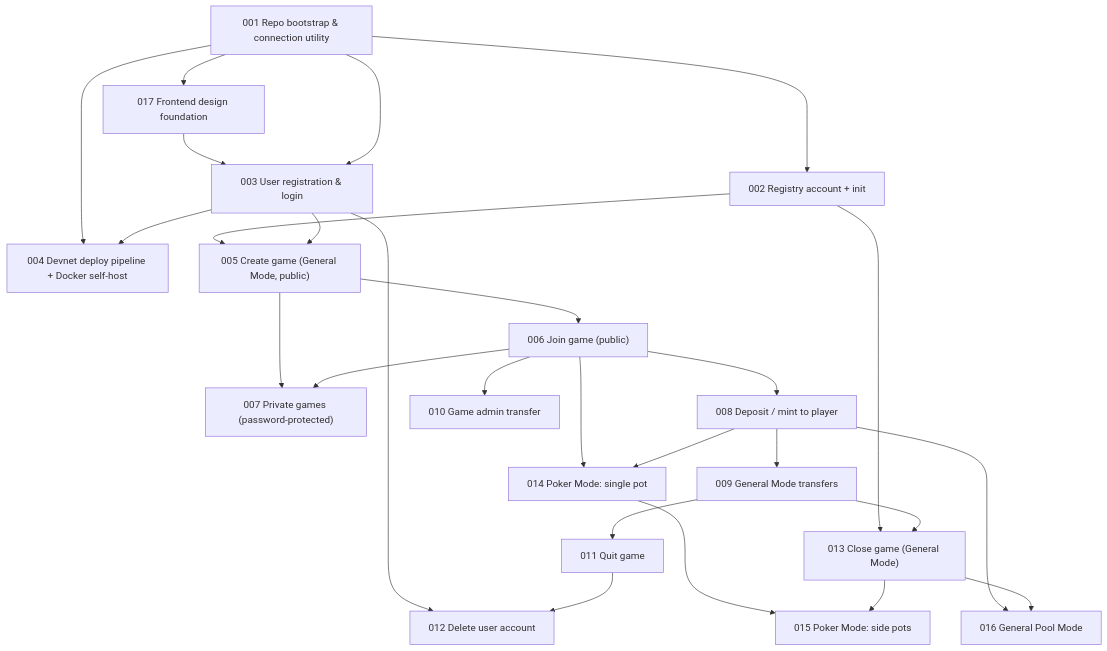
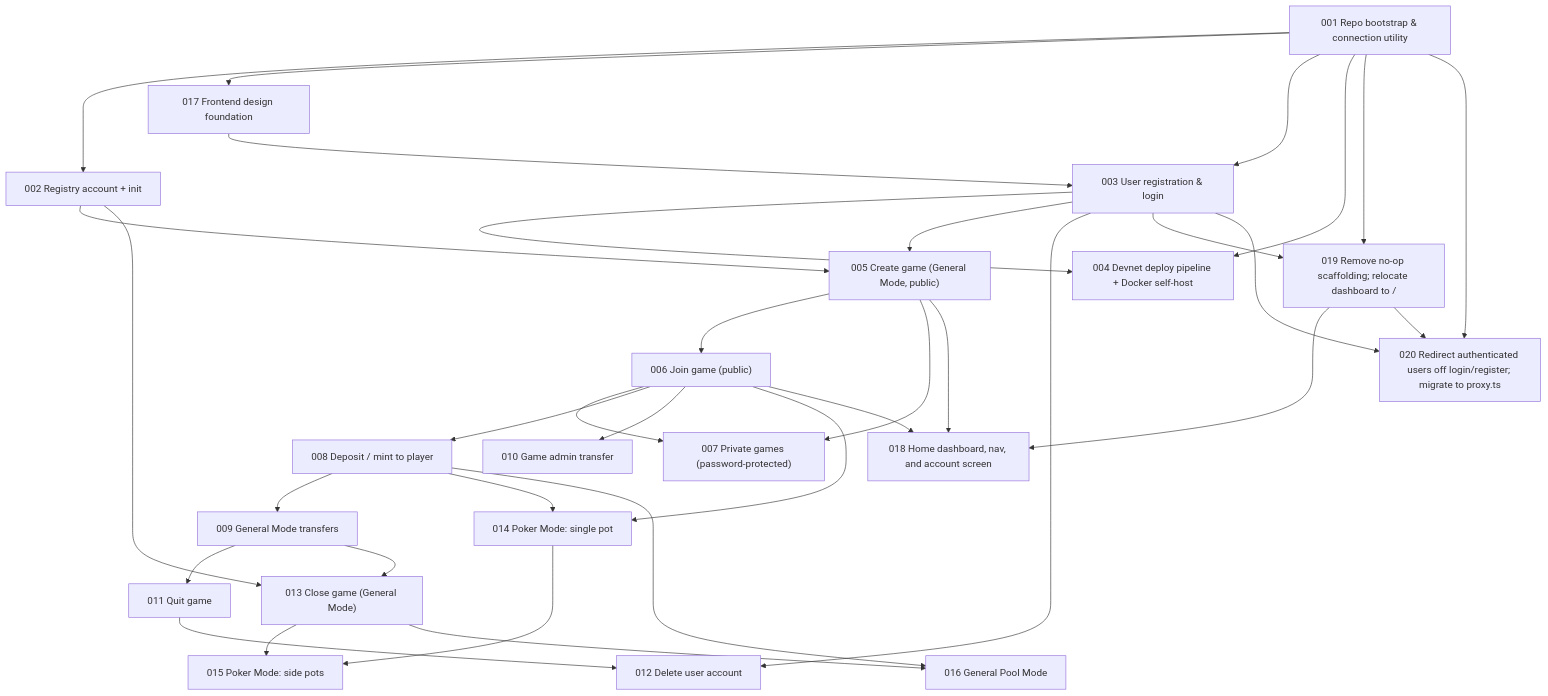
Before and after one commit to jianhong1998/game-token-wallet-v2: the diagram in docs/tickets/000-index.md, drawn with Mermaid. The commit also changed other lines of this file and 21 other files, not shown here.

````diff
--- a/docs/tickets/000-index.md
+++ b/docs/tickets/000-index.md
@@ -36,46 +39,57 @@
 ```mermaid
 graph TD
     001["001 Repo bootstrap & connection utility"]
     002["002 Registry account + init"]
     017["017 Frontend design foundation"]
     003["003 User registration & login"]
     004["004 Devnet deploy pipeline + Docker self-host"]
     005["005 Create game (General Mode, public)"]
     006["006 Join game (public)"]
     007["007 Private games (password-protected)"]
     008["008 Deposit / mint to player"]
     009["009 General Mode transfers"]
     010["010 Game admin transfer"]
     011["011 Quit game"]
     012["012 Delete user account"]
     013["013 Close game (General Mode)"]
     014["014 Poker Mode: single pot"]
     015["015 Poker Mode: side pots"]
     016["016 General Pool Mode"]
+    018["018 Home dashboard, nav, and account screen"]
+    019["019 Remove no-op scaffolding; relocate dashboard to /"]
+    020["020 Redirect authenticated users off login/register; migrate to proxy.ts"]
 
     001 --> 002
     001 --> 017
     017 --> 003
     001 --> 003
     001 --> 004
     003 --> 004
     002 --> 005
     003 --> 005
     005 --> 006
     005 --> 007
     006 --> 007
     006 --> 008
     008 --> 009
     006 --> 010
     009 --> 011
     003 --> 012
     011 --> 012
     002 --> 013
     009 --> 013
     006 --> 014
     008 --> 014
     014 --> 015
     013 --> 015
     008 --> 016
     013 --> 016
+    005 --> 018
+    006 --> 018
+    001 --> 019
+    003 --> 019
+    019 --> 018
+    001 --> 020
+    003 --> 020
+    019 --> 020
 ```
````
